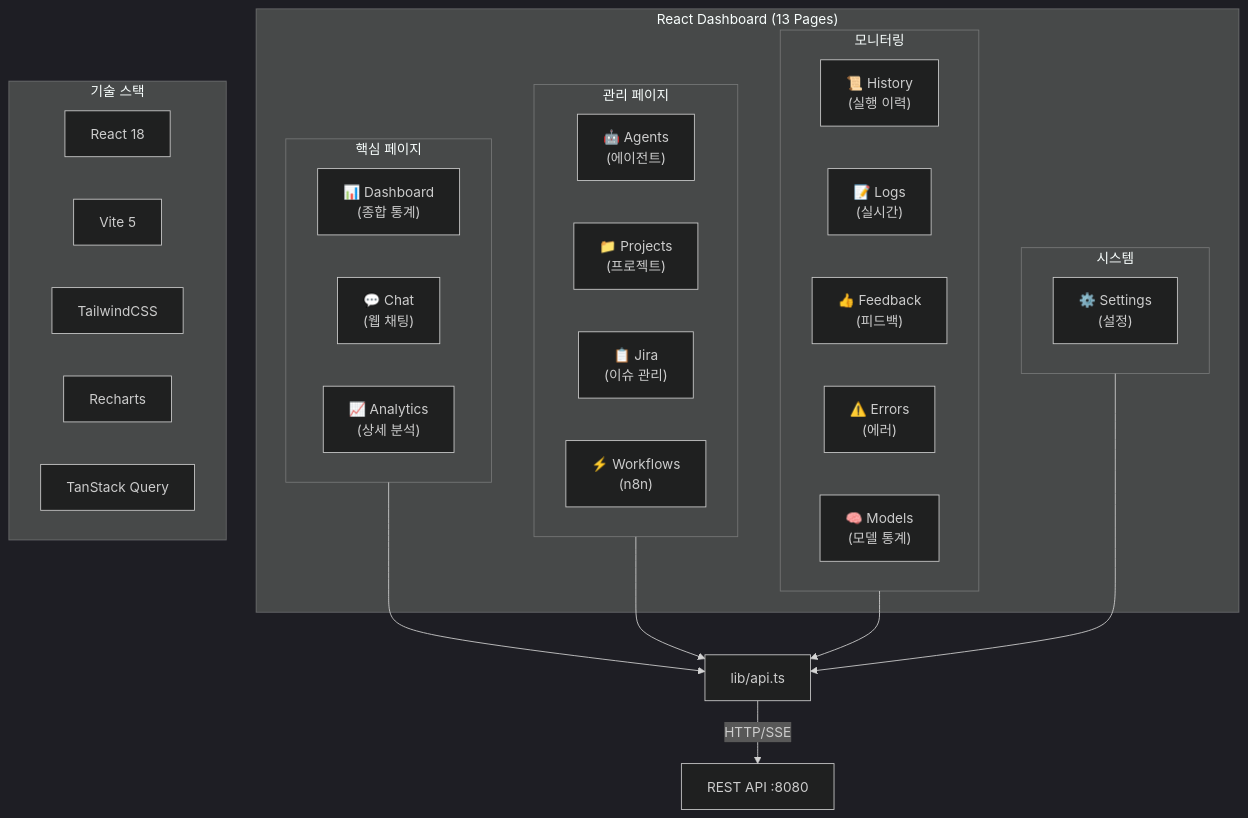
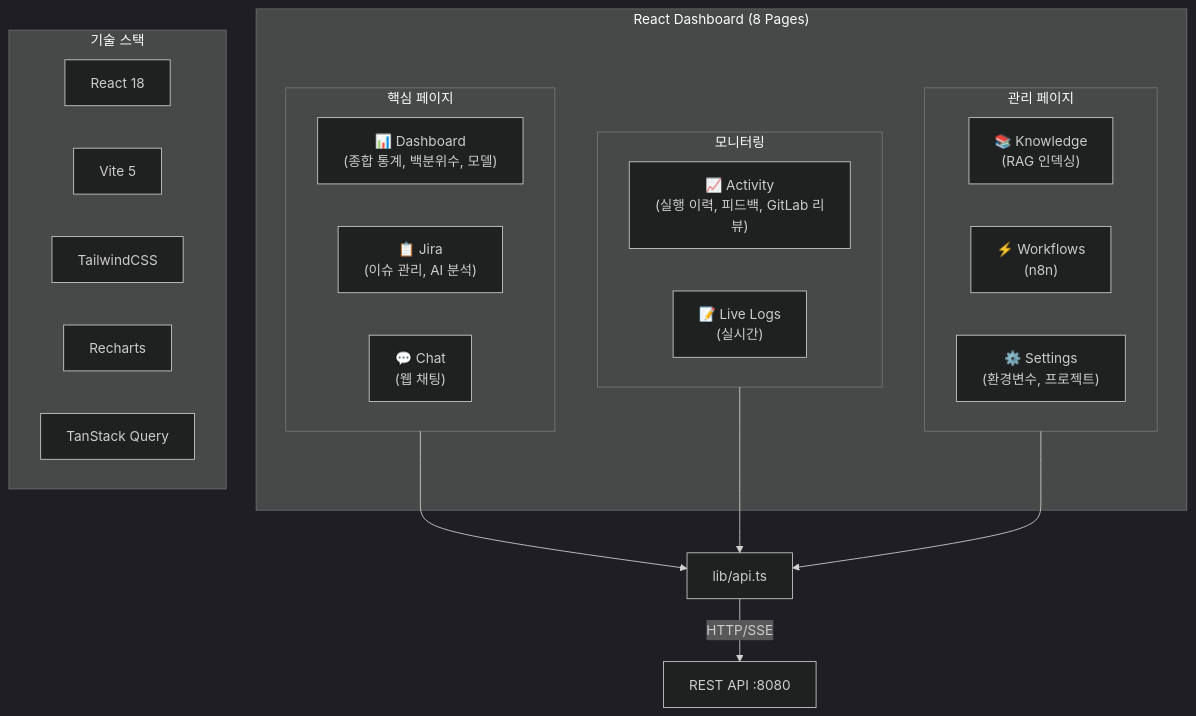
One commit to Gyeom/claude-flow changed diagram 19 of 20 in docs/ARCHITECTURE.md. Above: the diagram before and after it, drawn with Mermaid (dark theme). The commit also changed other lines of this file and 8 other files, not shown here.

````diff
--- a/docs/ARCHITECTURE.md
+++ b/docs/ARCHITECTURE.md
@@ -783,43 +801,34 @@
 ```mermaid
 flowchart TD
-    subgraph Dashboard["React Dashboard (13 Pages)"]
+    subgraph Dashboard["React Dashboard (8 Pages)"]
         subgraph Core["핵심 페이지"]
-            P1["📊 Dashboard<br/>(종합 통계)"]
-            P2["💬 Chat<br/>(웹 채팅)"]
-            P3["📈 Analytics<br/>(상세 분석)"]
+            P1["📊 Dashboard<br/>(종합 통계, 백분위수, 모델)"]
+            P2["📋 Jira<br/>(이슈 관리, AI 분석)"]
+            P3["💬 Chat<br/>(웹 채팅)"]
+        end
+
+        subgraph Monitoring["모니터링"]
+            P4["📈 Activity<br/>(실행 이력, 피드백, GitLab 리뷰)"]
+            P5["📝 Live Logs<br/>(실시간)"]
         end
 
         subgraph Management["관리 페이지"]
-            P4["🤖 Agents<br/>(에이전트)"]
-            P5["📁 Projects<br/>(프로젝트)"]
-            P6["📋 Jira<br/>(이슈 관리)"]
+            P6["📚 Knowledge<br/>(RAG 인덱싱)"]
             P7["⚡ Workflows<br/>(n8n)"]
-        end
-
-        subgraph Monitoring["모니터링"]
-            P8["📜 History<br/>(실행 이력)"]
-            P9["📝 Logs<br/>(실시간)"]
-            P10["👍 Feedback<br/>(피드백)"]
-            P11["⚠️ Errors<br/>(에러)"]
-            P12["🧠 Models<br/>(모델 통계)"]
-        end
-
-        subgraph System["시스템"]
-            P13["⚙️ Settings<br/>(설정)"]
+            P8["⚙️ Settings<br/>(환경변수, 프로젝트)"]
         end
     end
 
     subgraph Tech["기술 스택"]
         React["React 18"]
         Vite["Vite 5"]
         TW["TailwindCSS"]
         RC["Recharts"]
         RQ["TanStack Query"]
     end
 
     Core --> API["lib/api.ts"]
+    Monitoring --> API
     Management --> API
-    Monitoring --> API
-    System --> API
     API -->|HTTP/SSE| Backend["REST API :8080"]
 ```
````
